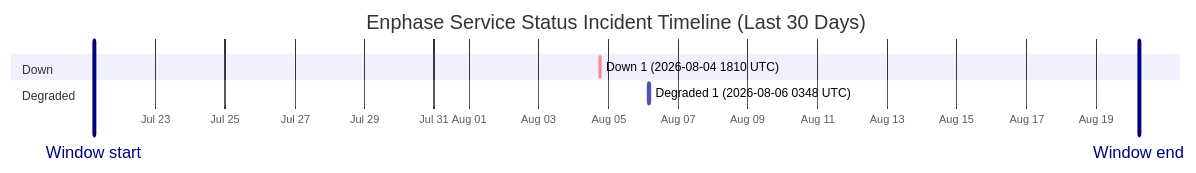
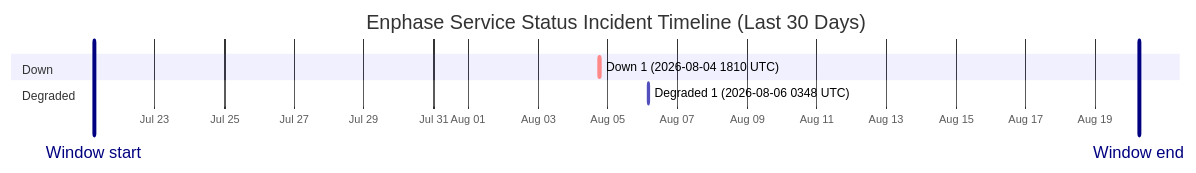
The diagram in wiki/Service-Status-History.md (barneyonline/ha-enphase-energy), drawn with Mermaid before and after one commit. The commit also changed other lines of this file and 3 other files, not shown here.

````diff
--- a/wiki/Service-Status-History.md
+++ b/wiki/Service-Status-History.md
@@ -14,12 +14,12 @@
 ```mermaid
 gantt
     title Enphase Service Status Incident Timeline (Last 30 Days)
     dateFormat  YYYY-MM-DDTHH:mm:ss
     axisFormat  %b %d
-    Window start :vert, window-start, 2026-07-21T05:28:20, 0ms
-    Window end :vert, window-end, 2026-08-20T05:28:20, 0ms
+    Window start :vert, window-start, 2026-07-21T05:58:24, 0ms
+    Window end :vert, window-end, 2026-08-20T05:58:24, 0ms
     section Down
     Down 1 (2026-08-04 1810 UTC) :crit, down-1, 2026-08-04T18:10:46, 60m
     section Degraded
     Degraded 1 (2026-08-06 0348 UTC) :active, degraded-1, 2026-08-06T03:48:14, 60m
 ```
````
